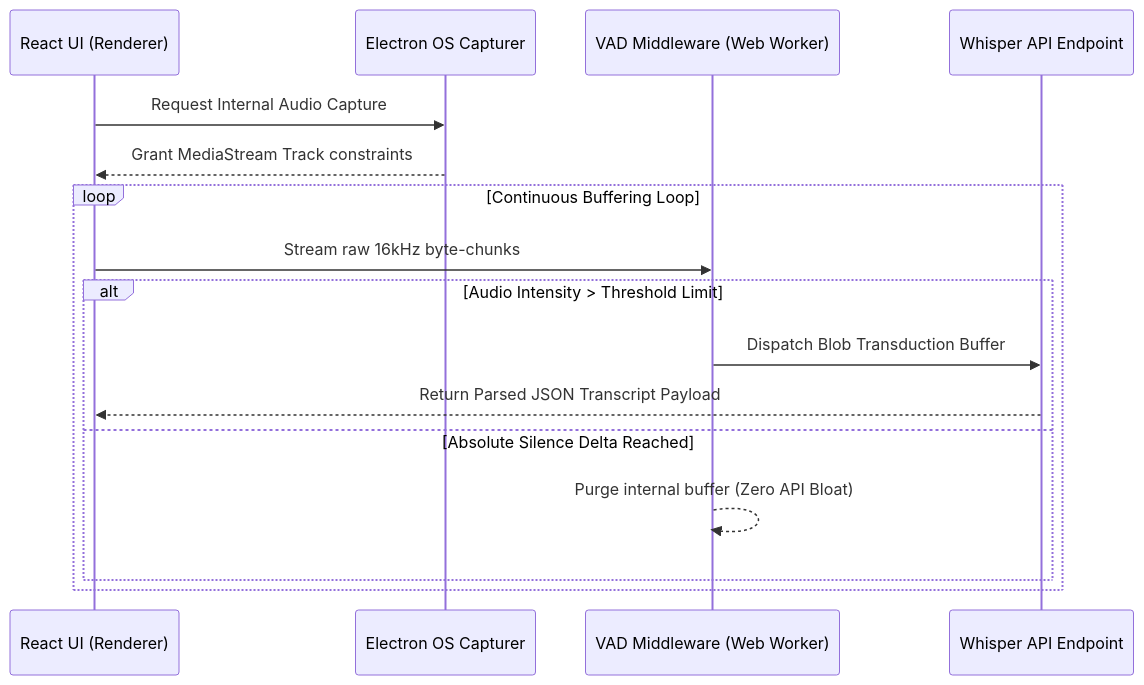
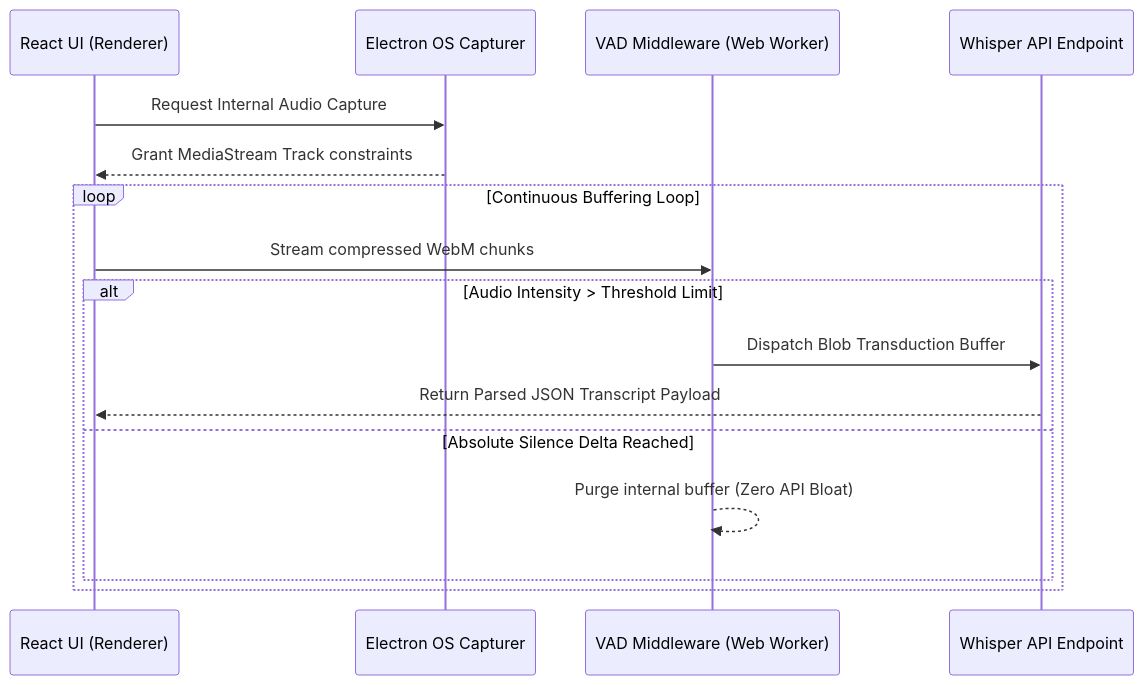
Before and after one commit to ziademad02153/ZEDX-AI-Assistant: the second of 4 diagrams in README.md, drawn with Mermaid. The commit also changed other lines of this file, not shown here.

````diff
--- a/README.md
+++ b/README.md
@@ -77,19 +91,19 @@
 ```mermaid
 sequenceDiagram
     participant UI as React UI (Renderer)
     participant OSE as Electron OS Capturer
     participant VAD as VAD Middleware (Web Worker)
     participant STT as Whisper API Endpoint
     
     UI->>OSE: Request Internal Audio Capture
     OSE-->>UI: Grant MediaStream Track constraints
     loop Continuous Buffering Loop
-        UI->>VAD: Stream raw 16kHz byte-chunks
+        UI->>VAD: Stream compressed WebM chunks
         alt Audio Intensity > Threshold Limit
             VAD->>STT: Dispatch Blob Transduction Buffer
             STT-->>UI: Return Parsed JSON Transcript Payload
         else Absolute Silence Delta Reached
             VAD-->>VAD: Purge internal buffer (Zero API Bloat)
         end
     end
 ```
````
